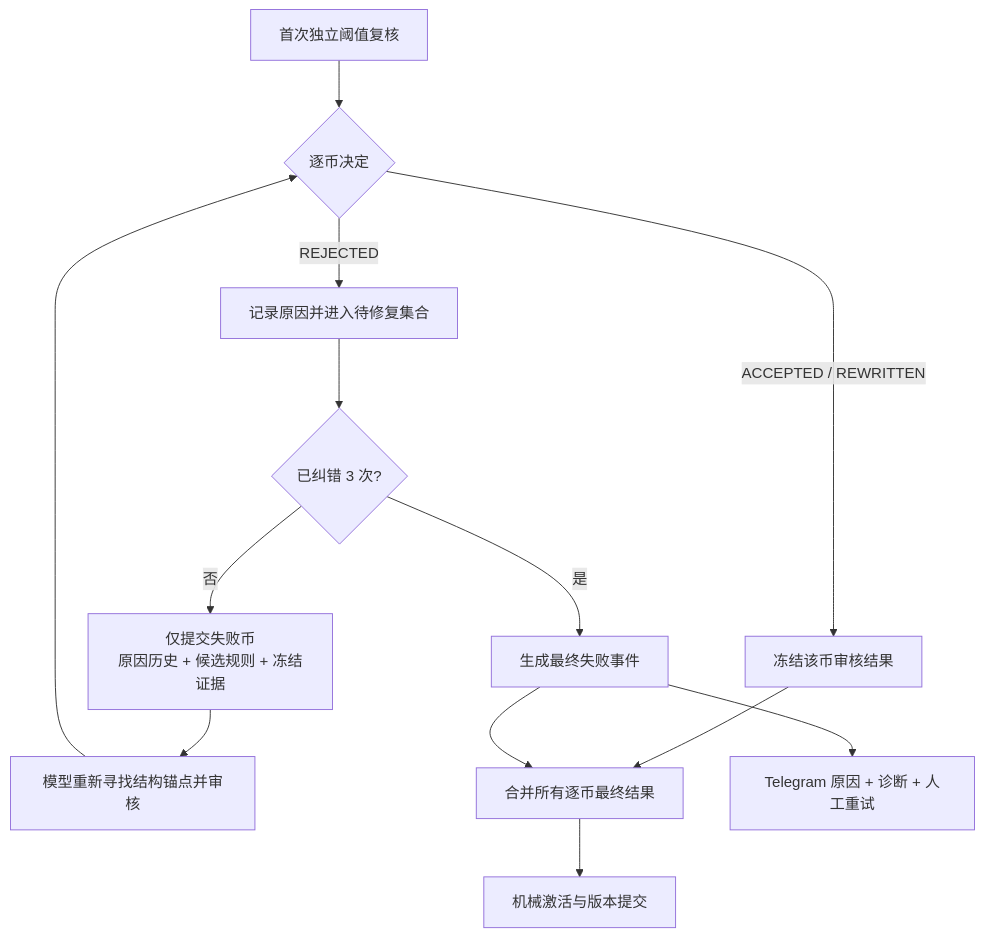
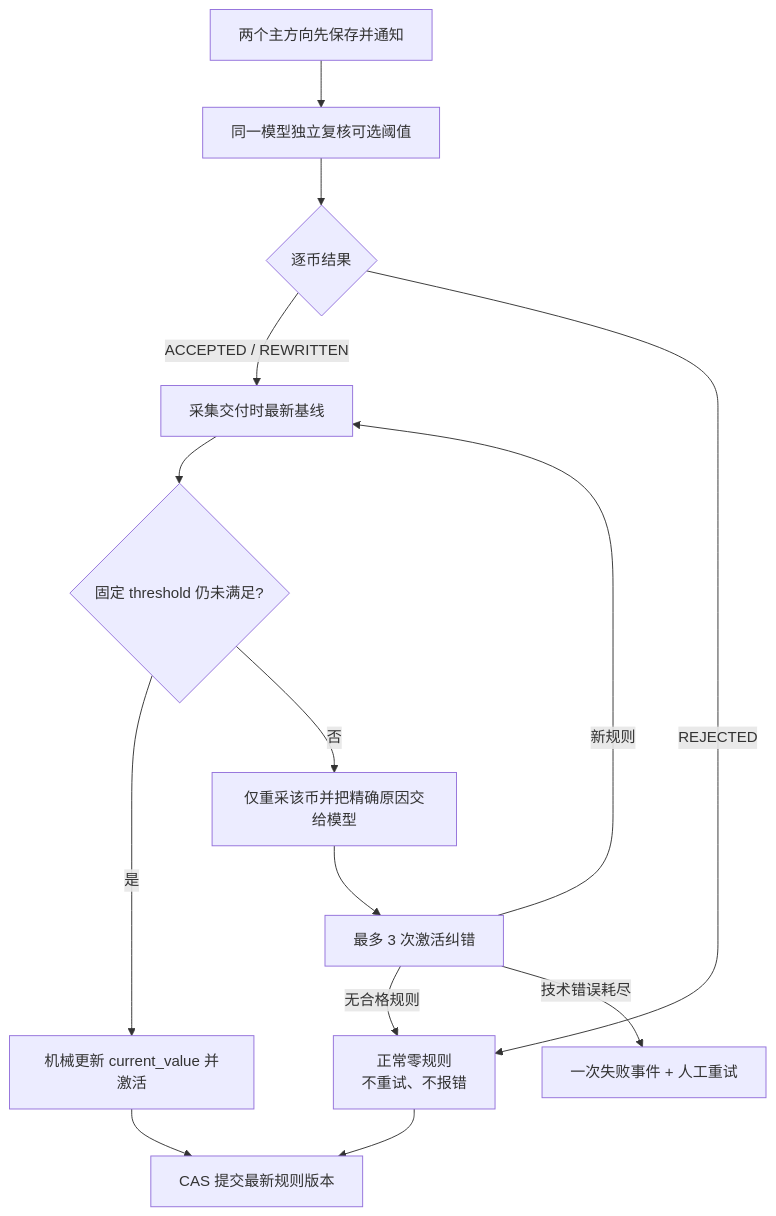
One commit to 413hy/codex-single changed the diagram in docs/superpowers/specs/2026-08-19-monitoring-review-auto-repair-design.md. Above: the diagram before and after it, drawn with Mermaid. The commit also changed other lines of this file and 83 other files, not shown here.

````diff
--- a/docs/superpowers/specs/2026-08-19-monitoring-review-auto-repair-design.md
+++ b/docs/superpowers/specs/2026-08-19-monitoring-review-auto-repair-design.md
@@ -25,15 +20,16 @@
 ```mermaid
 flowchart TD
-    FIRST["首次独立阈值复核"] --> SPLIT{"逐币决定"}
-    SPLIT -->|"ACCEPTED / REWRITTEN"| FREEZE["冻结该币审核结果"]
-    SPLIT -->|"REJECTED"| PENDING["记录原因并进入待修复集合"]
-    PENDING --> BUDGET{"已纠错 3 次?"}
-    BUDGET -->|"否"| FEEDBACK["仅提交失败币<br/>原因历史 + 候选规则 + 冻结证据"]
-    FEEDBACK --> REVIEW["模型重新寻找结构锚点并审核"]
-    REVIEW --> SPLIT
-    BUDGET -->|"是"| FINALFAIL["生成最终失败事件"]
-    FREEZE --> MERGE["合并所有逐币最终结果"]
-    FINALFAIL --> MERGE
-    MERGE --> ACTIVATE["机械激活与版本提交"]
-    FINALFAIL --> TG["Telegram 原因 + 诊断 + 人工重试"]
+    SIGNAL["两个主方向先保存并通知"] --> REVIEW["同一模型独立复核可选阈值"]
+    REVIEW --> DECISION{"逐币结果"}
+    DECISION -->|"ACCEPTED / REWRITTEN"| DELIVERY["采集交付时最新基线"]
+    DECISION -->|"REJECTED"| NORULE["正常零规则\n不重试、不报错"]
+    DELIVERY --> CHECK{"固定 threshold 仍未满足?"}
+    CHECK -->|"是"| REBASE["机械更新 current_value 并激活"]
+    CHECK -->|"否"| RECOLLECT["仅重采该币并把精确原因交给模型"]
+    RECOLLECT --> REREVIEW["最多 3 次激活纠错"]
+    REREVIEW -->|"新规则"| DELIVERY
+    REREVIEW -->|"无合格规则"| NORULE
+    REREVIEW -->|"技术错误耗尽"| FAIL["一次失败事件 + 人工重试"]
+    REBASE --> COMMIT["CAS 提交最新规则版本"]
+    NORULE --> COMMIT
 ```
````
